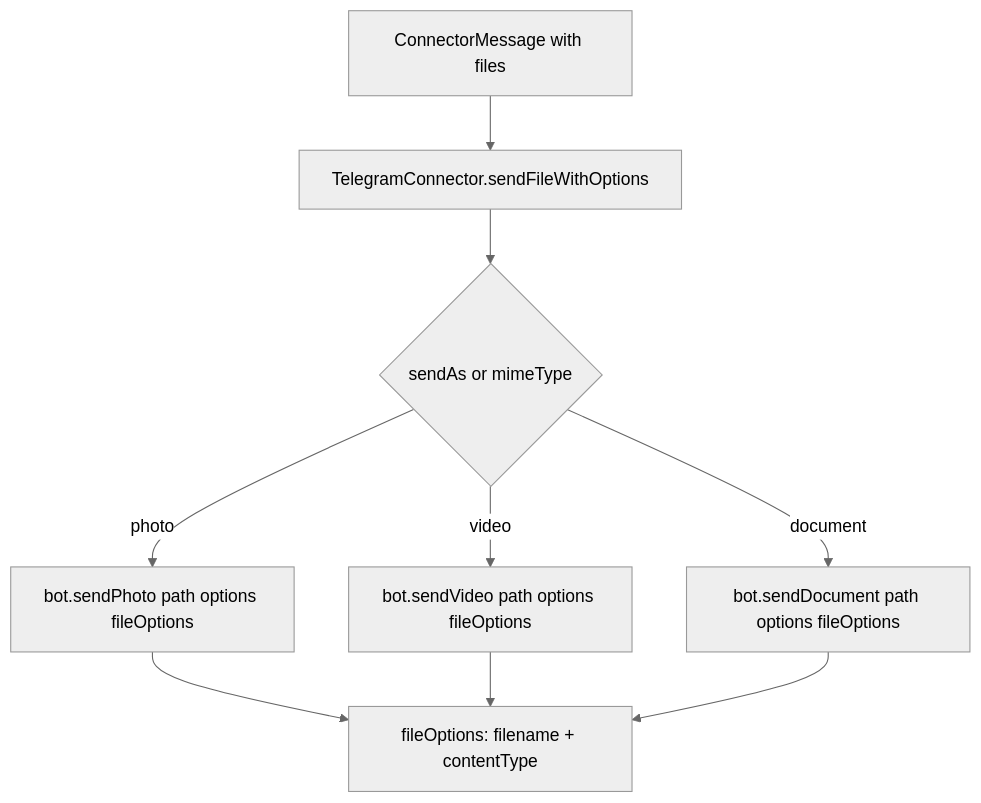
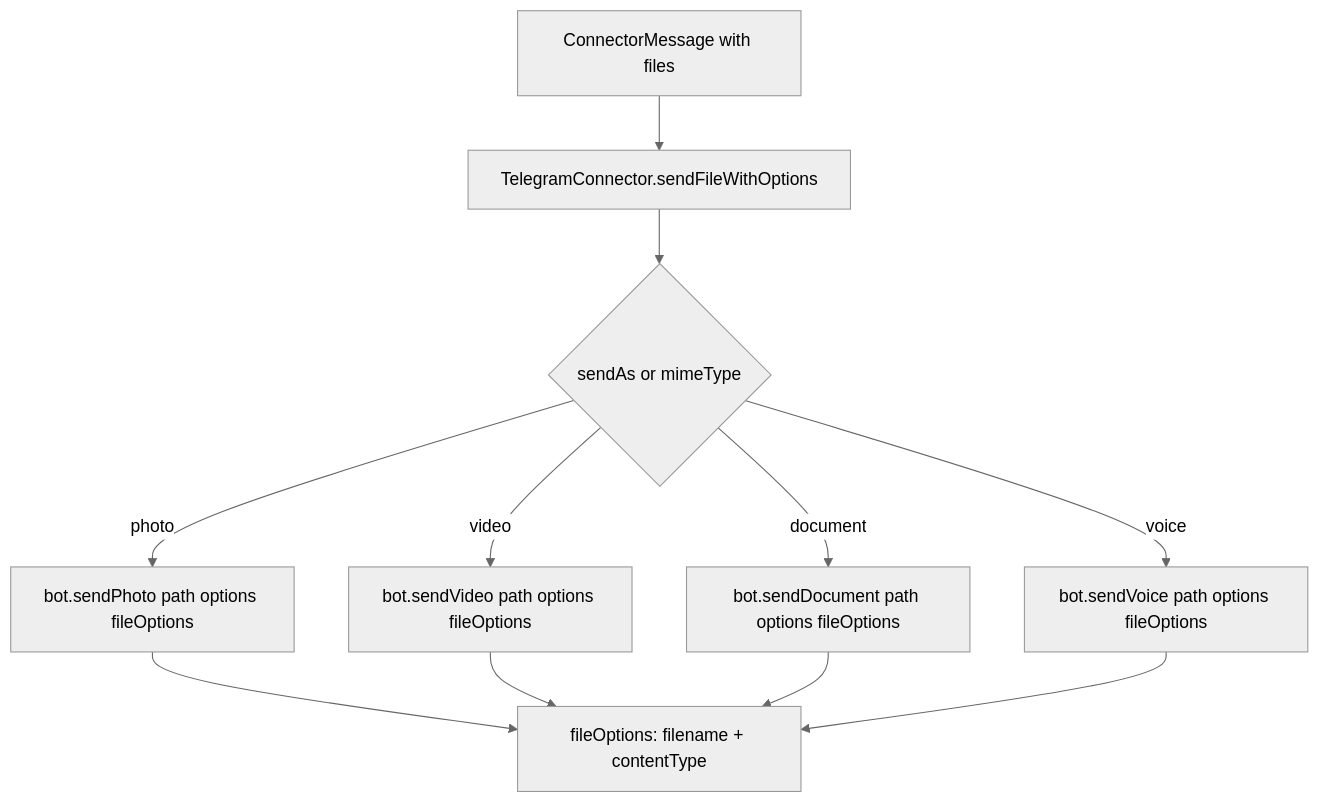
One commit to ex3ndr/daycare changed the diagram in doc/internals/telegram-file-content-type.md. Above: the diagram before and after it, drawn with Mermaid (neutral theme). The commit also changed other lines of this file and 7 other files, not shown here.

Commit message:
feat(telegram): add voice file send mode

````diff
--- a/doc/internals/telegram-file-content-type.md
+++ b/doc/internals/telegram-file-content-type.md
@@ -14,11 +16,13 @@
 ```mermaid
 flowchart TD
   A[ConnectorMessage with files] --> B[TelegramConnector.sendFileWithOptions]
   B --> C{sendAs or mimeType}
   C -->|photo| D[bot.sendPhoto path options fileOptions]
   C -->|video| E[bot.sendVideo path options fileOptions]
   C -->|document| F[bot.sendDocument path options fileOptions]
+  C -->|voice| H[bot.sendVoice path options fileOptions]
   D --> G[fileOptions: filename + contentType]
   E --> G
   F --> G
+  H --> G
 ```
````
